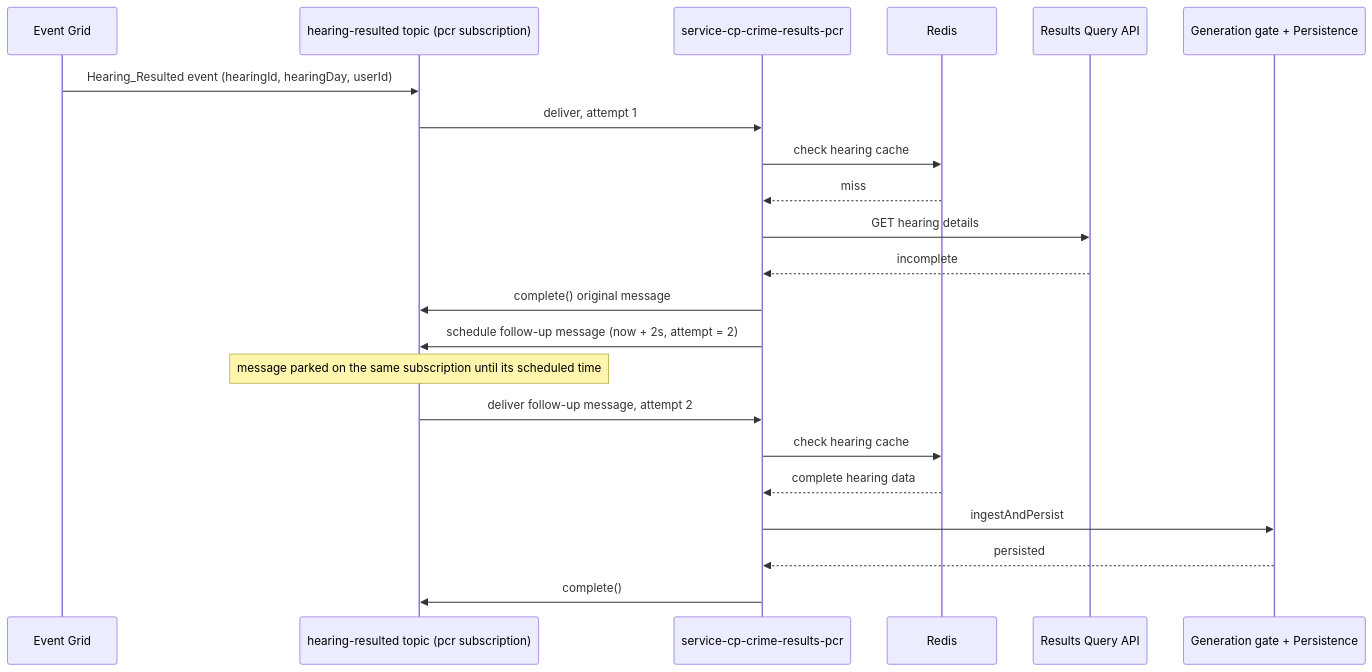
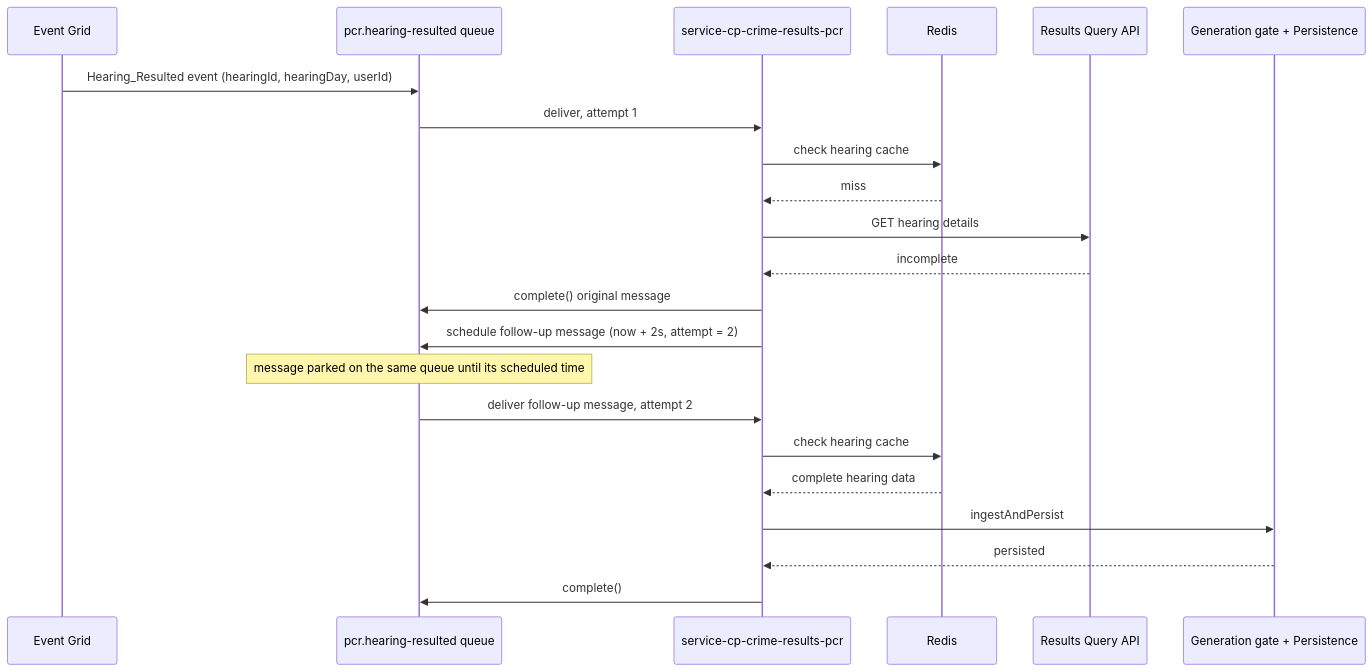
The third of 5 diagrams in docs/designs/2026-08-17-pcr-eventgrid-servicebus-ingestion-design.md (hmcts/service-cp-crime-results-pcr), drawn with Mermaid before and after one commit. The commit also changed other lines of this file and 1 other file, not shown here.

First line of the commit message:
docs(pcr): revise Service Bus ingestion to a dedicated queue per consumer

````diff
--- a/docs/designs/2026-08-17-pcr-eventgrid-servicebus-ingestion-design.md
+++ b/docs/designs/2026-08-17-pcr-eventgrid-servicebus-ingestion-design.md
@@ -132,25 +139,25 @@
 ```mermaid
 sequenceDiagram
     participant EG as Event Grid
-    participant Q as hearing-resulted topic (pcr subscription)
+    participant Q as pcr.hearing-resulted queue
     participant C as service-cp-crime-results-pcr
     participant R as Redis
     participant RQ as Results Query API
     participant P as Generation gate + Persistence
 
     EG->>Q: Hearing_Resulted event (hearingId, hearingDay, userId)
     Q->>C: deliver, attempt 1
     C->>R: check hearing cache
     R-->>C: miss
     C->>RQ: GET hearing details
     RQ-->>C: incomplete
     C->>Q: complete() original message
     C->>Q: schedule follow-up message (now + 2s, attempt = 2)
-    Note over Q: message parked on the same subscription until its scheduled time
+    Note over Q: message parked on the same queue until its scheduled time
     Q->>C: deliver follow-up message, attempt 2
     C->>R: check hearing cache
     R-->>C: complete hearing data
     C->>P: ingestAndPersist
     P-->>C: persisted
     C->>Q: complete()
 ```
````
